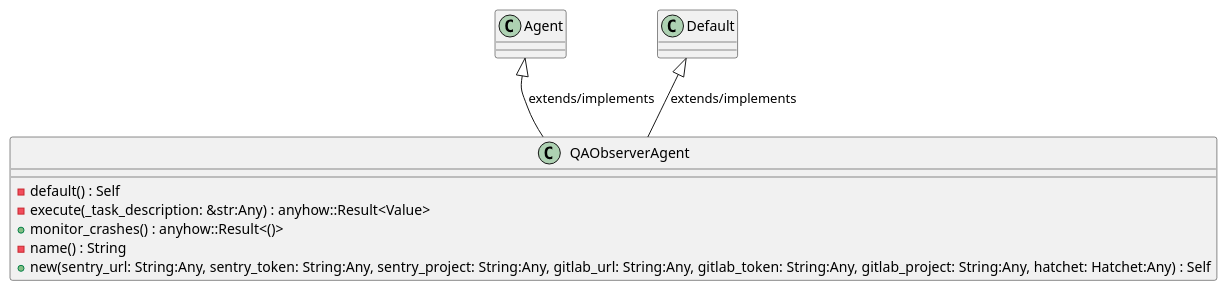
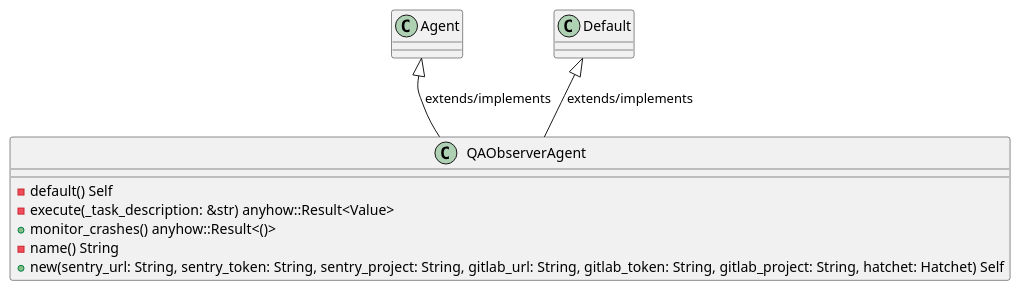
Before and after one commit to lgcorzo/rust_CACD_autonomous_factory: the first of 6 diagrams in openwiki/crates_factory_application_src_agents_qa_observer.md, drawn with PlantUML. The commit also changed other lines of this file and 97 other files, not shown here.

First line of the commit message:
Fix Rust AST parsing for method and function parameters, and update OKF UML frontmatter

````diff
--- a/openwiki/crates_factory_application_src_agents_qa_observer.md
+++ b/openwiki/crates_factory_application_src_agents_qa_observer.md
@@ -107,14 +112,14 @@
 ```plantuml
 @startuml
 class QAObserverAgent {
-    -default() : Self
-    -execute(_task_description: &str:Any) : anyhow::Result<Value>
-    +monitor_crashes() : anyhow::Result<()>
-    -name() : String
-    +new(sentry_url: String:Any, sentry_token: String:Any, sentry_project: String:Any, gitlab_url: String:Any, gitlab_token: String:Any, gitlab_project: String:Any, hatchet: Hatchet:Any) : Self
+    -default() Self
+    -execute(_task_description: &str) anyhow::Result<Value>
+    +monitor_crashes() anyhow::Result<()>
+    -name() String
+    +new(sentry_url: String, sentry_token: String, sentry_project: String, gitlab_url: String, gitlab_token: String, gitlab_project: String, hatchet: Hatchet) Self
 }
 Agent <|-- QAObserverAgent : extends/implements
 Default <|-- QAObserverAgent : extends/implements
 @enduml
 
 ```
````
